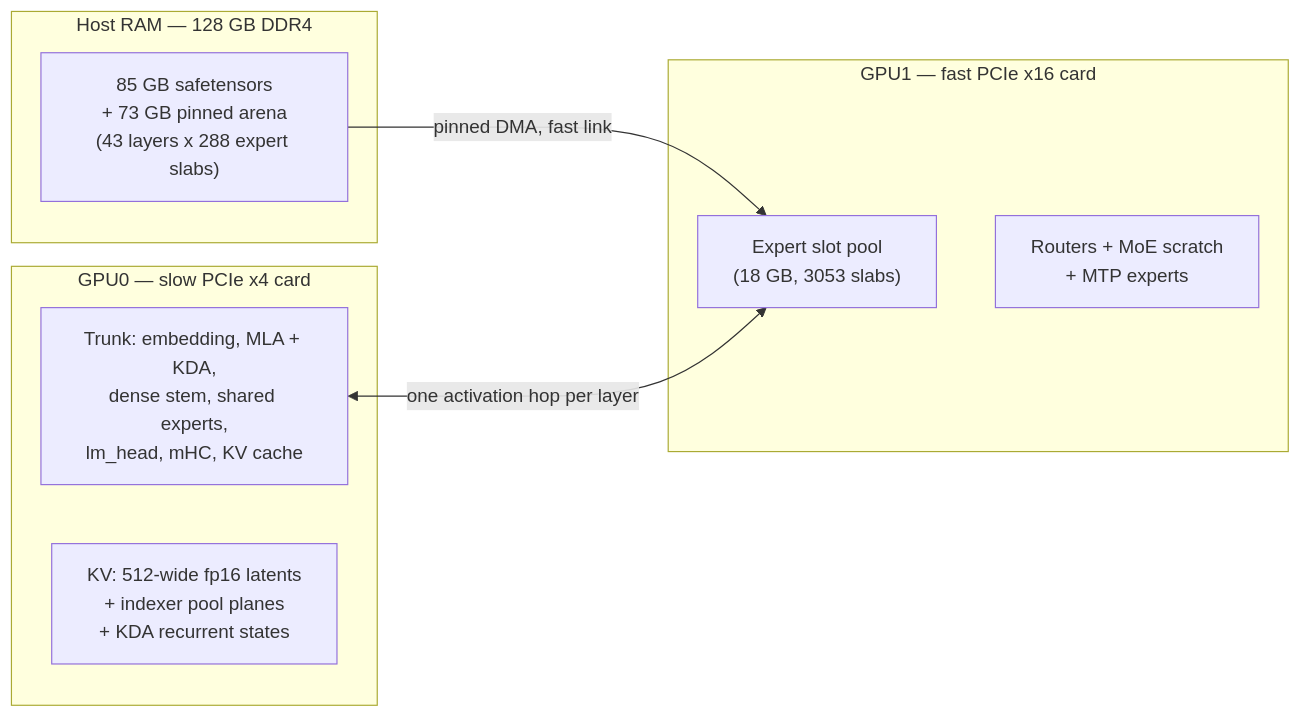
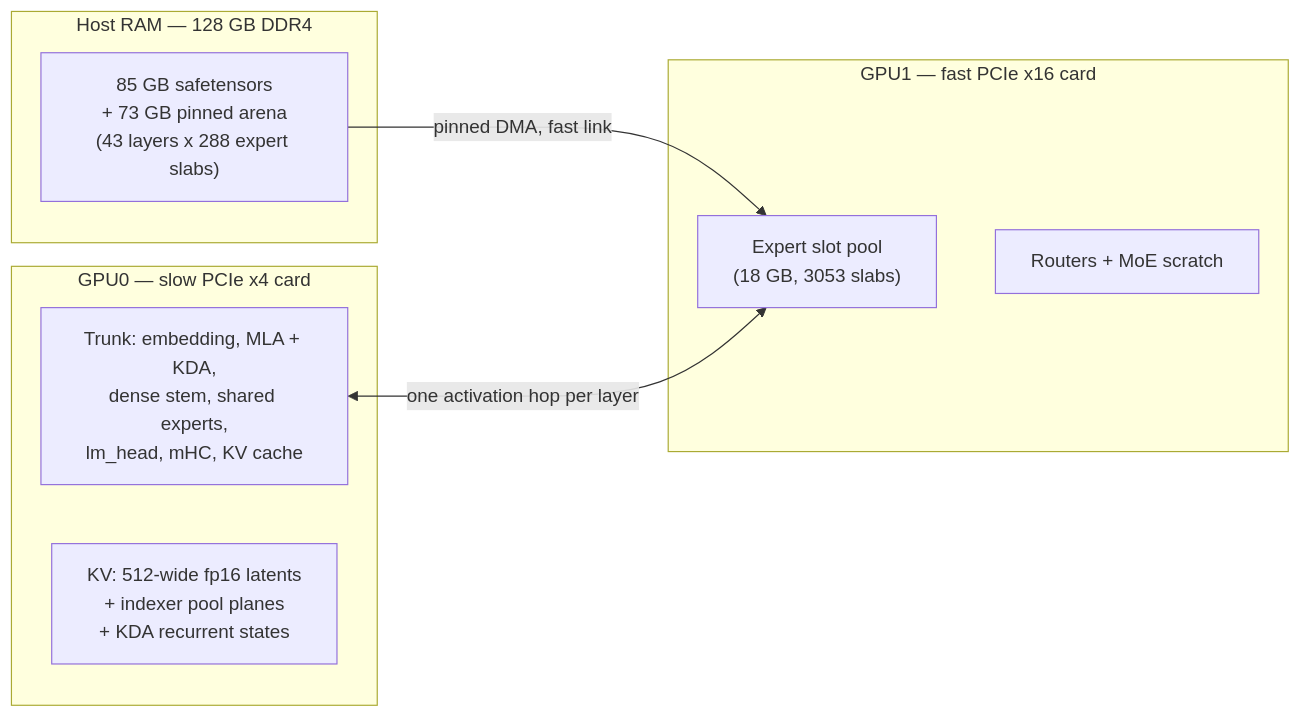
Before and after one commit to neron82/helios-glm53flash: the diagram in README.md, drawn with Mermaid. The commit also changed other lines of this file and 1 other file, not shown here.

First line of the commit message:
Docs: drop the remaining MTP references and update the recorded allocation

````diff
--- a/README.md
+++ b/README.md
@@ -60,17 +60,17 @@
 ```mermaid
 flowchart LR
     subgraph RAM["Host RAM — 128 GB DDR4"]
         A["85 GB safetensors\n+ 73 GB pinned arena\n(43 layers x 288 expert slabs)"]
     end
     subgraph G0["GPU0 — slow PCIe x4 card"]
         T["Trunk: embedding, MLA + KDA,\ndense stem, shared experts,\nlm_head, mHC, KV cache"]
         K["KV: 512-wide fp16 latents\n+ indexer pool planes\n+ KDA recurrent states"]
     end
     subgraph G1["GPU1 — fast PCIe x16 card"]
         P["Expert slot pool\n(18 GB, 3053 slabs)"]
-        R["Routers + MoE scratch\n+ MTP experts"]
+        R["Routers + MoE scratch"]
     end
     A -->|"pinned DMA, fast link"| P
     T <-->|"one activation hop per layer"| P
     G1 --> R
 ```
````
